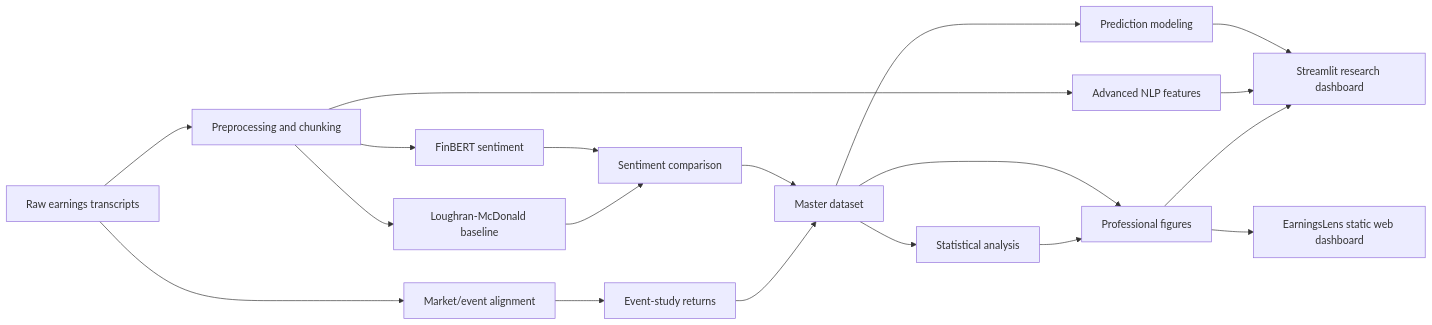
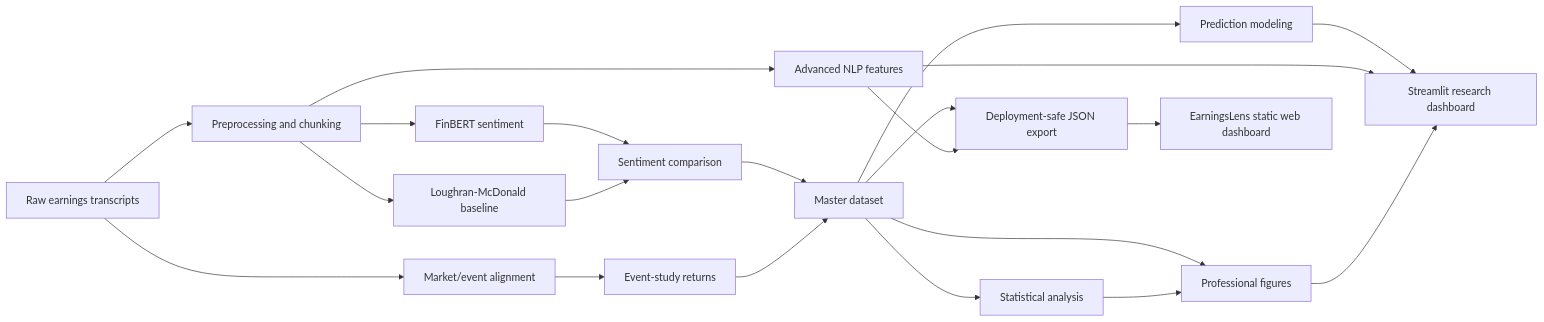
One commit to imayankss/EarningsLens changed the diagram in README.md. Above: the diagram before and after it, drawn with Mermaid. The commit also changed other lines of this file and 27 other files, not shown here.

Commit message:
feat: prepare EarningsLens for Vercel deployment

````diff
--- a/README.md
+++ b/README.md
@@ -64,21 +65,23 @@
 ```mermaid
 flowchart LR
     A[Raw earnings transcripts] --> B[Preprocessing and chunking]
     B --> C[FinBERT sentiment]
     B --> D[Loughran-McDonald baseline]
     C --> E[Sentiment comparison]
     D --> E
     A --> F[Market/event alignment]
     F --> G[Event-study returns]
     E --> H[Master dataset]
     G --> H
     H --> I[Statistical analysis]
     H --> J[Prediction modeling]
     B --> K[Advanced NLP features]
     H --> L[Professional figures]
     I --> L
     J --> M[Streamlit research dashboard]
     K --> M
     L --> M
-    L --> N[EarningsLens static web dashboard]
+    H --> N[Deployment-safe JSON export]
+    K --> N
+    N --> O[EarningsLens static web dashboard]
 ```
````
